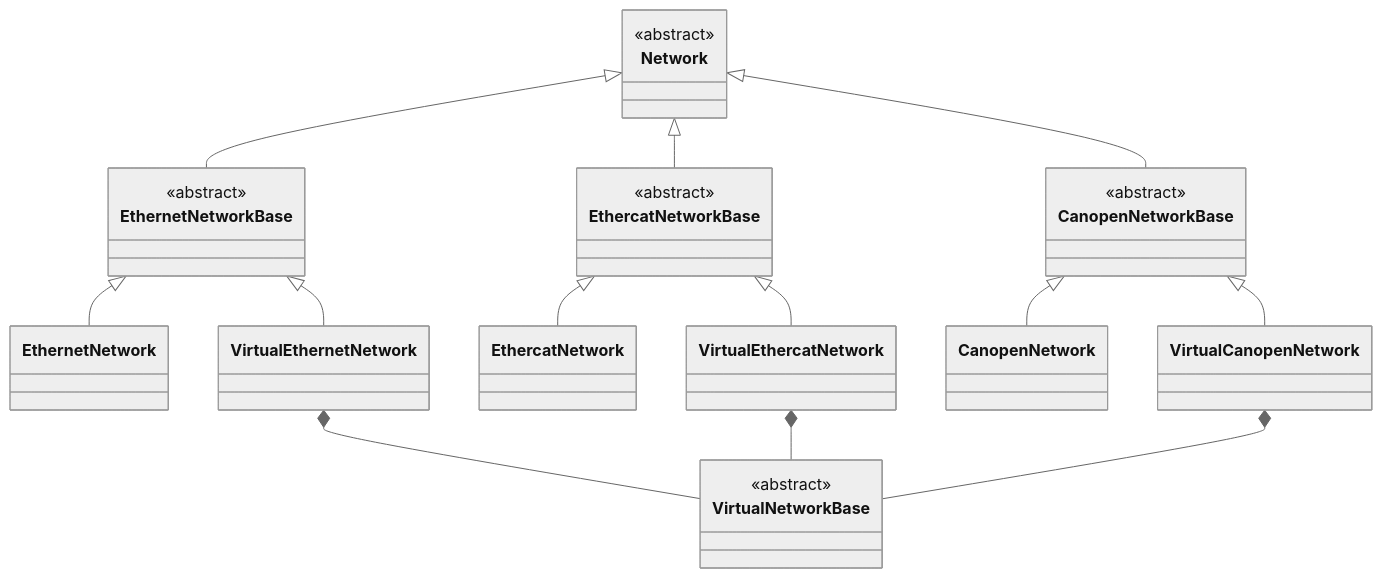
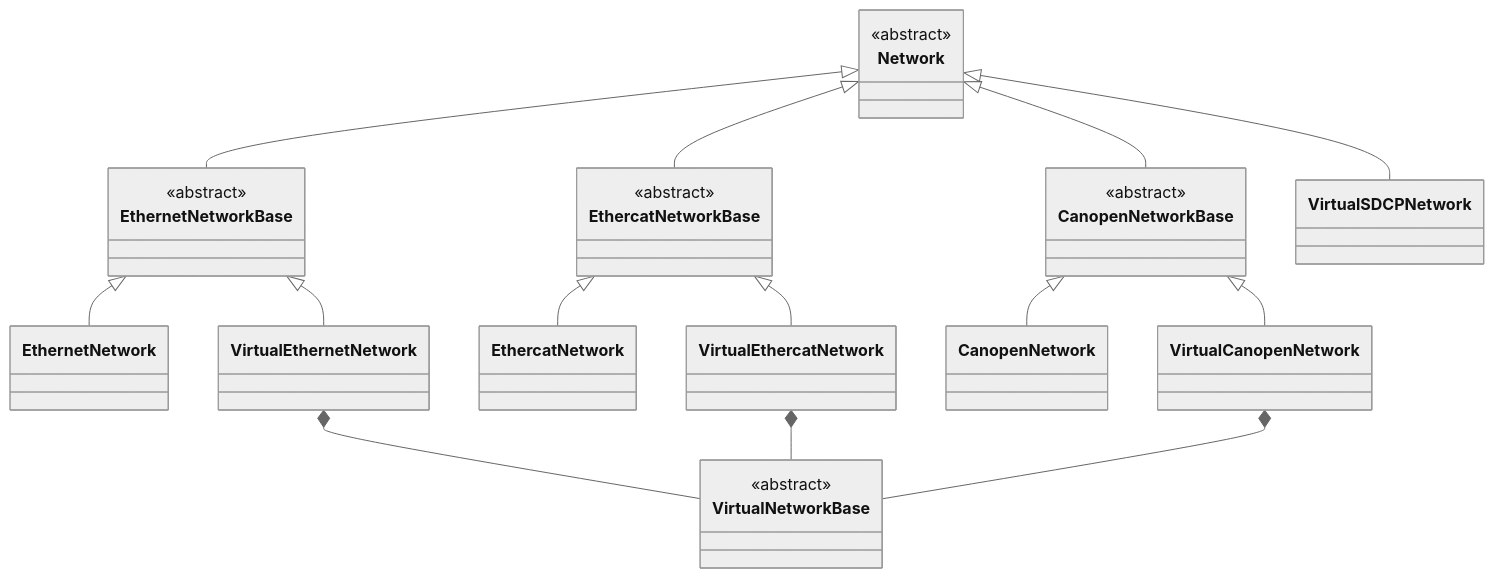
One commit to ingeniamc/ingenialink-python changed the diagram in docs/architecture/network.md. Above: the diagram before and after it, drawn with Mermaid (neutral theme). The commit also changed 2 other files, not shown here.

Commit message:
INGK-1295 Update docs

````diff
--- a/docs/architecture/network.md
+++ b/docs/architecture/network.md
@@ -2,45 +2,47 @@
 ```mermaid
 classDiagram
   class Network {
     <<abstract>>
   }
 
   class VirtualNetworkBase {
     <<abstract>>
   }
 
   class EthernetNetworkBase {
     <<abstract>>
   }
   class EthercatNetworkBase {
     <<abstract>>
   }
   class CanopenNetworkBase {
     <<abstract>>
   }
 
   class EthernetNetwork
   class VirtualEthernetNetwork
 
   class EthercatNetwork
   class VirtualEthercatNetwork
 
   class CanopenNetwork
   class VirtualCanopenNetwork
+  class VirtualSDCPNetwork
 
   Network <|-- EthernetNetworkBase
   Network <|-- EthercatNetworkBase
   Network <|-- CanopenNetworkBase
+  Network <|-- VirtualSDCPNetwork
 
   EthernetNetworkBase <|-- EthernetNetwork
   EthernetNetworkBase <|-- VirtualEthernetNetwork
   VirtualEthernetNetwork *-- VirtualNetworkBase
 
   EthercatNetworkBase <|-- EthercatNetwork
   EthercatNetworkBase <|-- VirtualEthercatNetwork
   VirtualEthercatNetwork *-- VirtualNetworkBase
 
   CanopenNetworkBase <|-- CanopenNetwork
   CanopenNetworkBase <|-- VirtualCanopenNetwork
   VirtualCanopenNetwork *-- VirtualNetworkBase
 ```
````
